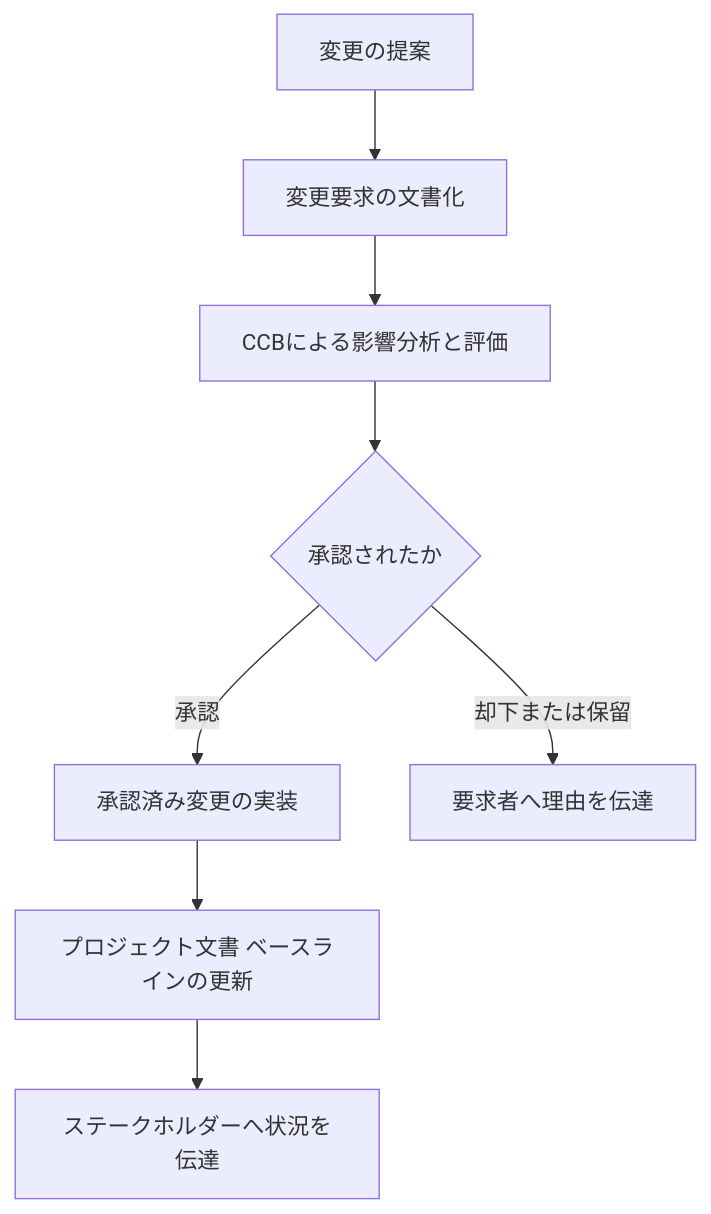
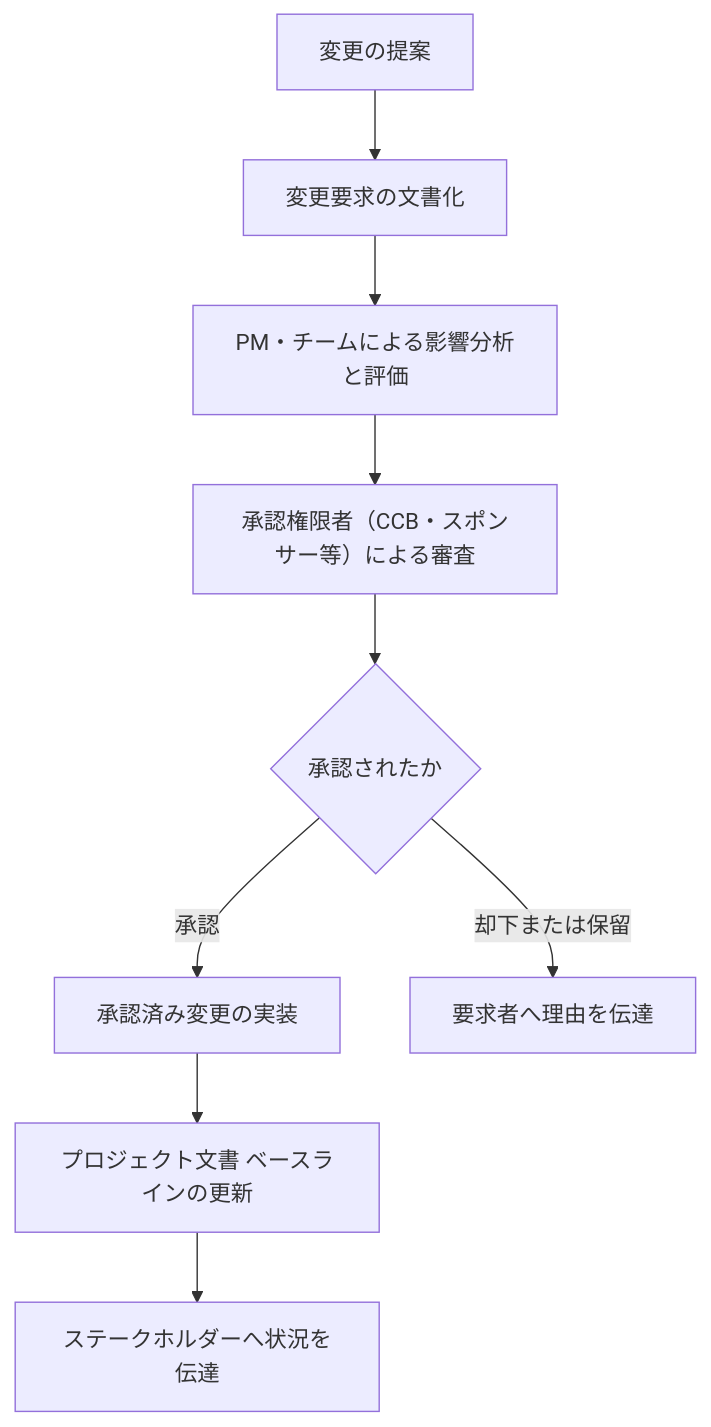
The fourth of 10 diagrams in Pmp-domain3-business-environment-guide.md (myoshi2891/Management-Team-Building-Studies), drawn with Mermaid before and after one commit. The commit also changed other lines of this file, not shown here.

````diff
--- a/Pmp-domain3-business-environment-guide.md
+++ b/Pmp-domain3-business-environment-guide.md
@@ -245,10 +248,11 @@
 ```mermaid
 flowchart TB
     A["変更の提案"] --> B["変更要求の文書化"]
-    B --> C["CCBによる影響分析と評価"]
-    C --> D{"承認されたか"}
+    B --> C["PM・チームによる影響分析と評価"]
+    C --> C2["承認権限者（CCB・スポンサー等）による審査"]
+    C2 --> D{"承認されたか"}
     D -- 承認 --> E["承認済み変更の実装"]
     D -- 却下または保留 --> F["要求者へ理由を伝達"]
     E --> G["プロジェクト文書 ベースラインの更新"]
     G --> H["ステークホルダーへ状況を伝達"]
 ```
````
